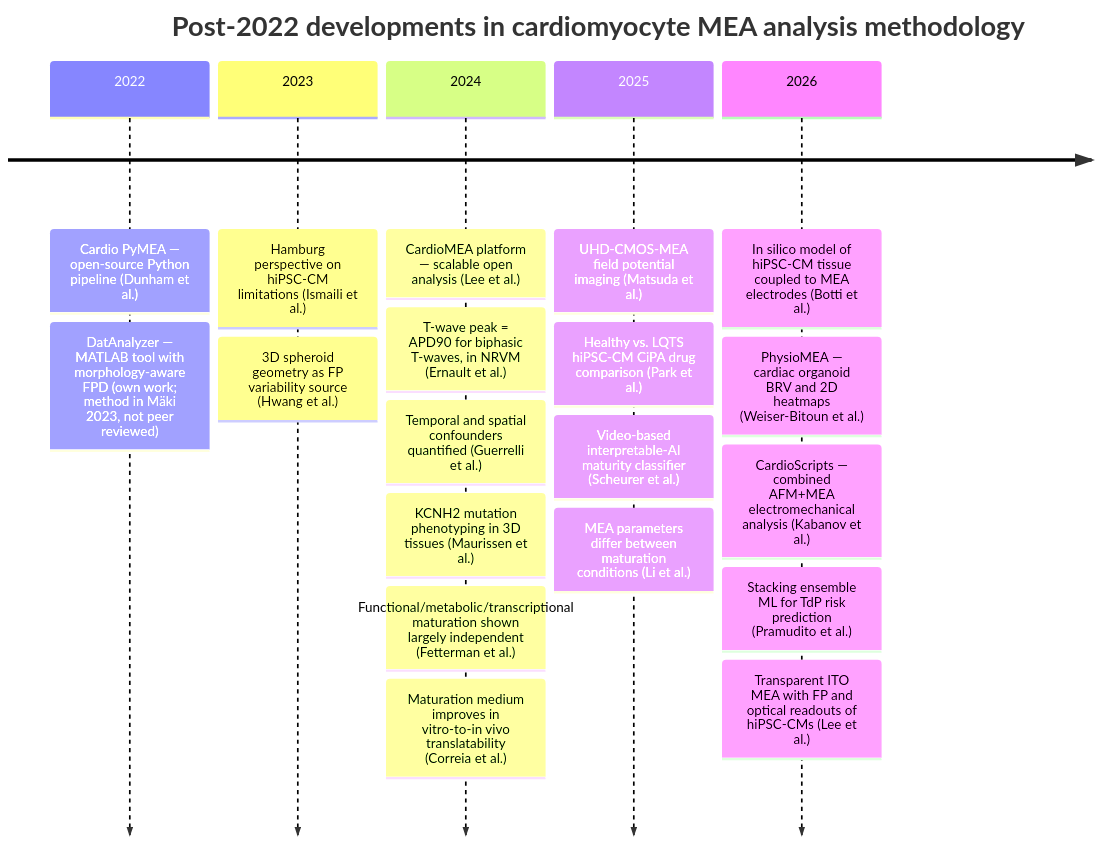
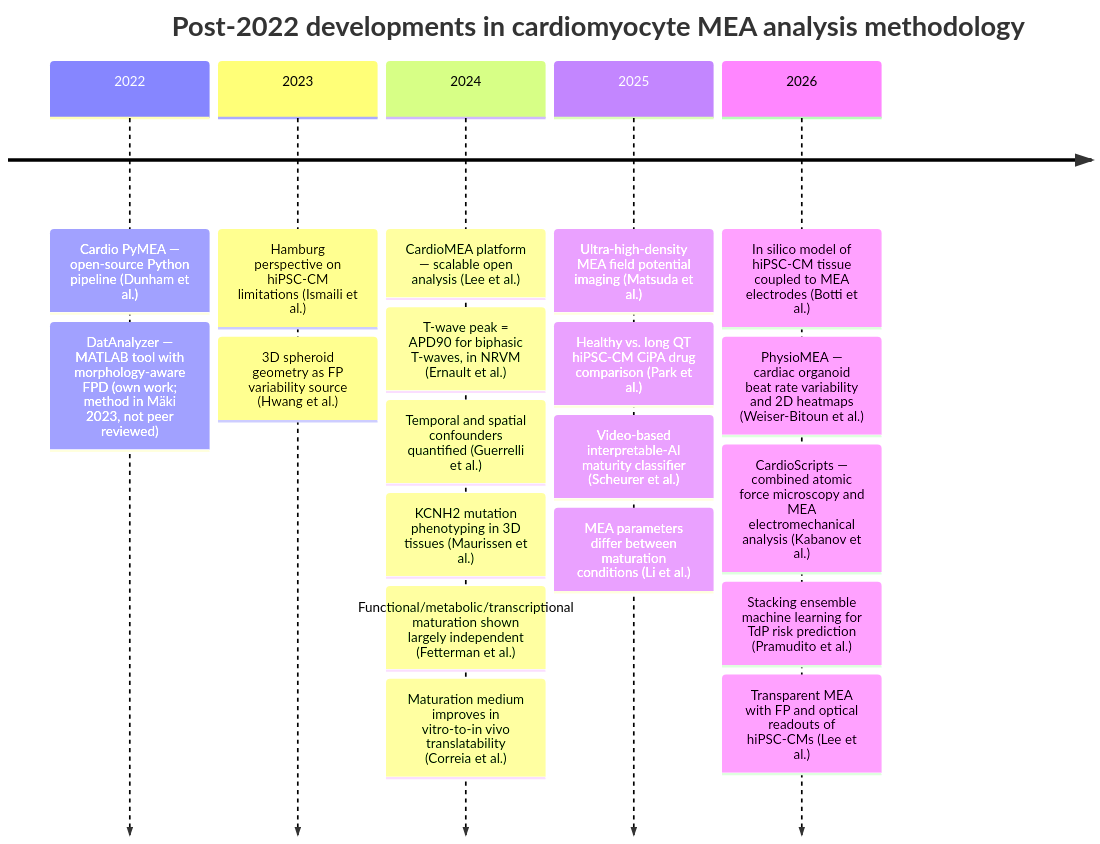
Before and after one commit to AnaHill/MEA_review_llm_wiki: the first of 2 diagrams in main.md, drawn with Mermaid. The commit also changed other lines of this file and 3 other files, not shown here.

````diff
--- a/main.md
+++ b/main.md
@@ -70,23 +60,23 @@
 ```mermaid
 timeline
     title Post-2022 developments in cardiomyocyte MEA analysis methodology
     2022 : Cardio PyMEA — open-source Python pipeline (Dunham et al.)
          : DatAnalyzer — MATLAB tool with morphology-aware FPD (own work; method in Mäki 2023, not peer reviewed)
     2023 : Hamburg perspective on hiPSC-CM limitations (Ismaili et al.)
          : 3D spheroid geometry as FP variability source (Hwang et al.)
     2024 : CardioMEA platform — scalable open analysis (Lee et al.)
          : T-wave peak = APD90 for biphasic T-waves, in NRVM (Ernault et al.)
          : Temporal and spatial confounders quantified (Guerrelli et al.)
          : KCNH2 mutation phenotyping in 3D tissues (Maurissen et al.)
          : Functional/metabolic/transcriptional maturation shown largely independent (Fetterman et al.)
          : Maturation medium improves in vitro-to-in vivo translatability (Correia et al.)
-    2025 : UHD-CMOS-MEA field potential imaging (Matsuda et al.)
-         : Healthy vs. LQTS hiPSC-CM CiPA drug comparison (Park et al.)
+    2025 : Ultra-high-density MEA field potential imaging (Matsuda et al.)
+         : Healthy vs. long QT hiPSC-CM CiPA drug comparison (Park et al.)
          : Video-based interpretable-AI maturity classifier (Scheurer et al.)
          : MEA parameters differ between maturation conditions (Li et al.)
     2026 : In silico model of hiPSC-CM tissue coupled to MEA electrodes (Botti et al.)
-         : PhysioMEA — cardiac organoid BRV and 2D heatmaps (Weiser-Bitoun et al.)
-         : CardioScripts — combined AFM+MEA electromechanical analysis (Kabanov et al.)
-         : Stacking ensemble ML for TdP risk prediction (Pramudito et al.)
-         : Transparent ITO MEA with FP and optical readouts of hiPSC-CMs (Lee et al.)
+         : PhysioMEA — cardiac organoid beat rate variability and 2D heatmaps (Weiser-Bitoun et al.)
+         : CardioScripts — combined atomic force microscopy and MEA electromechanical analysis (Kabanov et al.)
+         : Stacking ensemble machine learning for TdP risk prediction (Pramudito et al.)
+         : Transparent MEA with FP and optical readouts of hiPSC-CMs (Lee et al.)
 ```
````
